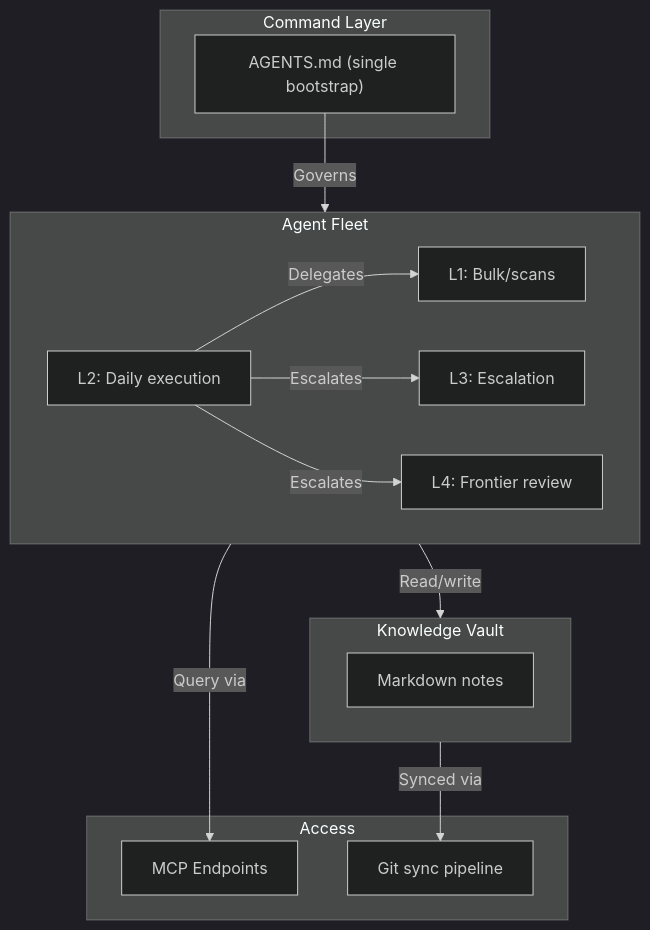
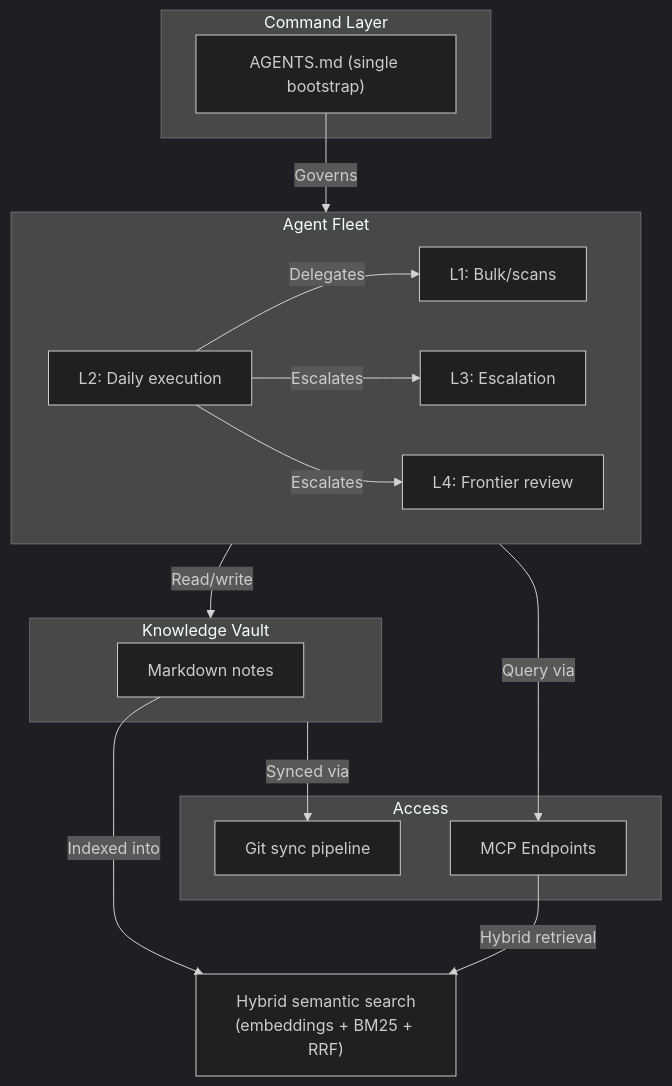
Before and after one commit to matteopasseri407/agentic-ops: the diagram in case-studies/agentic-knowledge-vault-mcp.md, drawn with Mermaid (dark theme). The commit also changed other lines of this file and 2 other files, not shown here.

Commit message:
Add hybrid semantic retrieval (RAG) layer to agentic vault case study and README

````diff
--- a/case-studies/agentic-knowledge-vault-mcp.md
+++ b/case-studies/agentic-knowledge-vault-mcp.md
@@ -23,30 +23,32 @@
 ```mermaid
 graph TD
     subgraph Command["Command Layer"]
         Bootstrap["AGENTS.md (single bootstrap)"]
     end
 
     subgraph Agents["Agent Fleet"]
         L2["L2: Daily execution"]
         L1["L1: Bulk/scans"]
         L3["L3: Escalation"]
         L4["L4: Frontier review"]
     end
 
     subgraph Memory["Knowledge Vault"]
         Notes["Markdown notes"]
     end
 
     subgraph Access["Access"]
         MCP["MCP Endpoints"]
         Git["Git sync pipeline"]
     end
 
     Bootstrap -->|Governs| Agents
     Agents -->|Read/write| Memory
     Memory -->|Synced via| Git
+    Notes -->|Indexed into| Semantic["Hybrid semantic search<br/>(embeddings + BM25 + RRF)"]
     Agents -->|Query via| MCP
+    MCP -->|Hybrid retrieval| Semantic
     L2 -->|Delegates| L1
     L2 -->|Escalates| L3
     L2 -->|Escalates| L4
 ```
````
